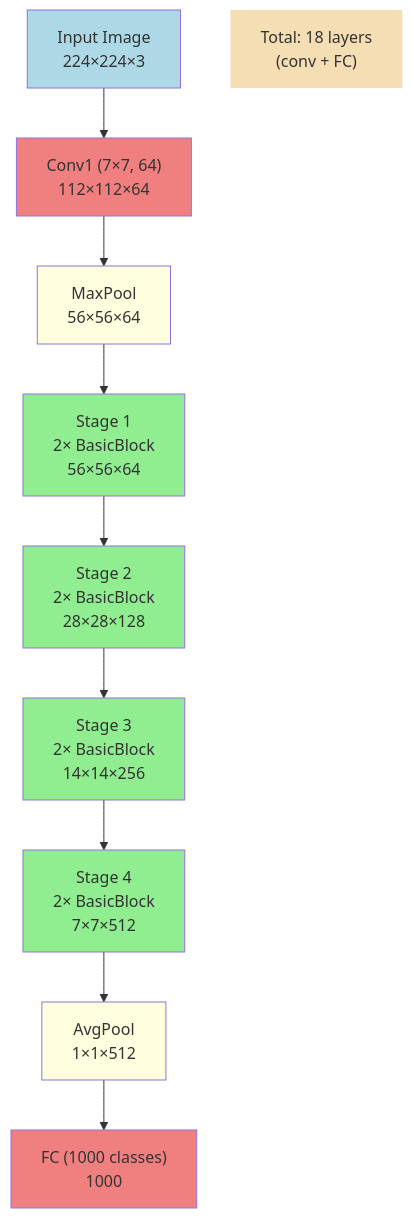
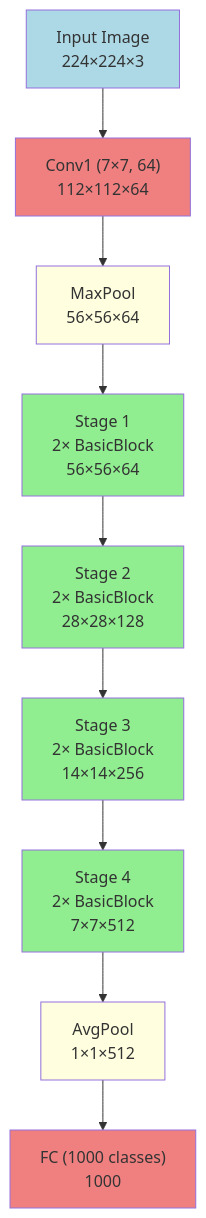
One commit to snowch/snowch.github.io changed the third of 3 diagrams in ai-eng/embedding-anomaly-detection/part1-understanding-resnet.md. Above: the diagram before and after it, drawn with Mermaid. The commit also changed other lines of this file, not shown here.

First line of the commit message:
Move mermaid diagram annotations to markdown for cleaner diagrams

````diff
--- a/ai-eng/embedding-anomaly-detection/part1-understanding-resnet.md
+++ b/ai-eng/embedding-anomaly-detection/part1-understanding-resnet.md
@@ -433,24 +427,21 @@
 ```{mermaid}
 graph TB
     Input["Input Image<br/>224×224×3"] --> Conv1["Conv1 (7×7, 64)<br/>112×112×64"]
     Conv1 --> MaxPool["MaxPool<br/>56×56×64"]
     MaxPool --> Stage1["Stage 1<br/>2× BasicBlock<br/>56×56×64"]
     Stage1 --> Stage2["Stage 2<br/>2× BasicBlock<br/>28×28×128"]
     Stage2 --> Stage3["Stage 3<br/>2× BasicBlock<br/>14×14×256"]
     Stage3 --> Stage4["Stage 4<br/>2× BasicBlock<br/>7×7×512"]
     Stage4 --> AvgPool["AvgPool<br/>1×1×512"]
     AvgPool --> FC["FC (1000 classes)<br/>1000"]
 
-    Note1["Total: 18 layers<br/>(conv + FC)"]
-
     style Input fill:#ADD8E6
     style Conv1 fill:#F08080
     style MaxPool fill:#FFFFE0
     style Stage1 fill:#90EE90
     style Stage2 fill:#90EE90
     style Stage3 fill:#90EE90
     style Stage4 fill:#90EE90
     style AvgPool fill:#FFFFE0
     style FC fill:#F08080
-    style Note1 fill:#F5DEB3,stroke:none
 ```
````
